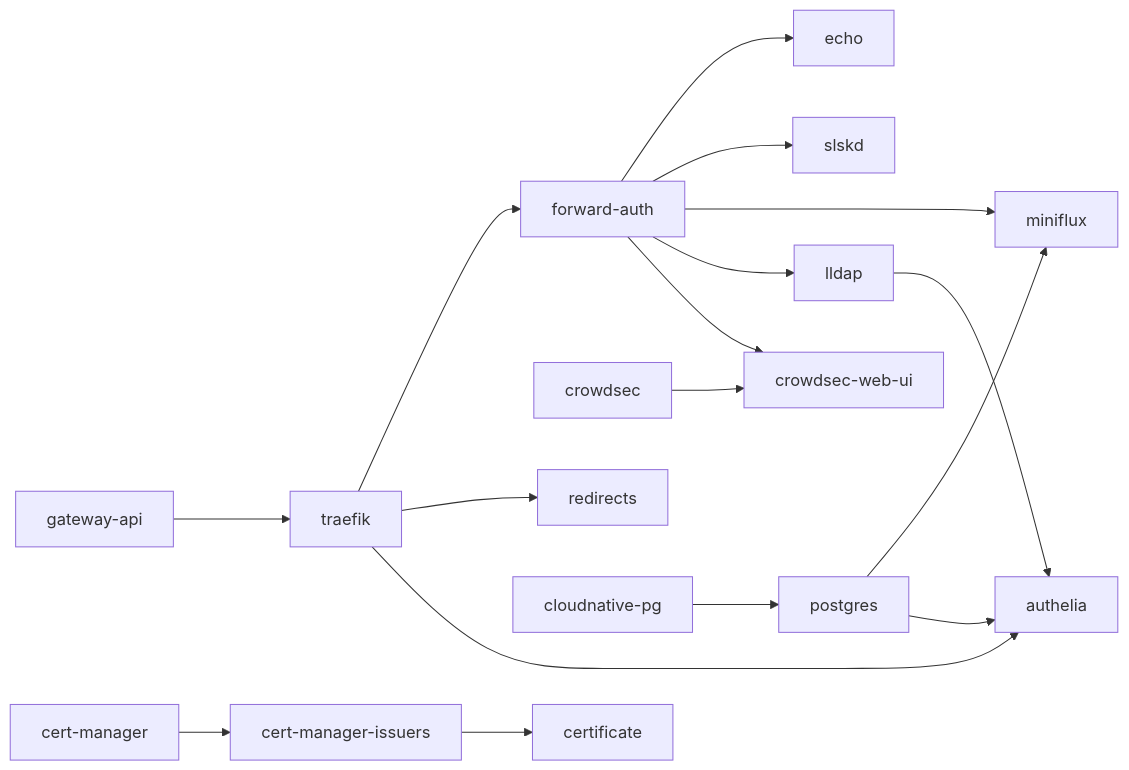
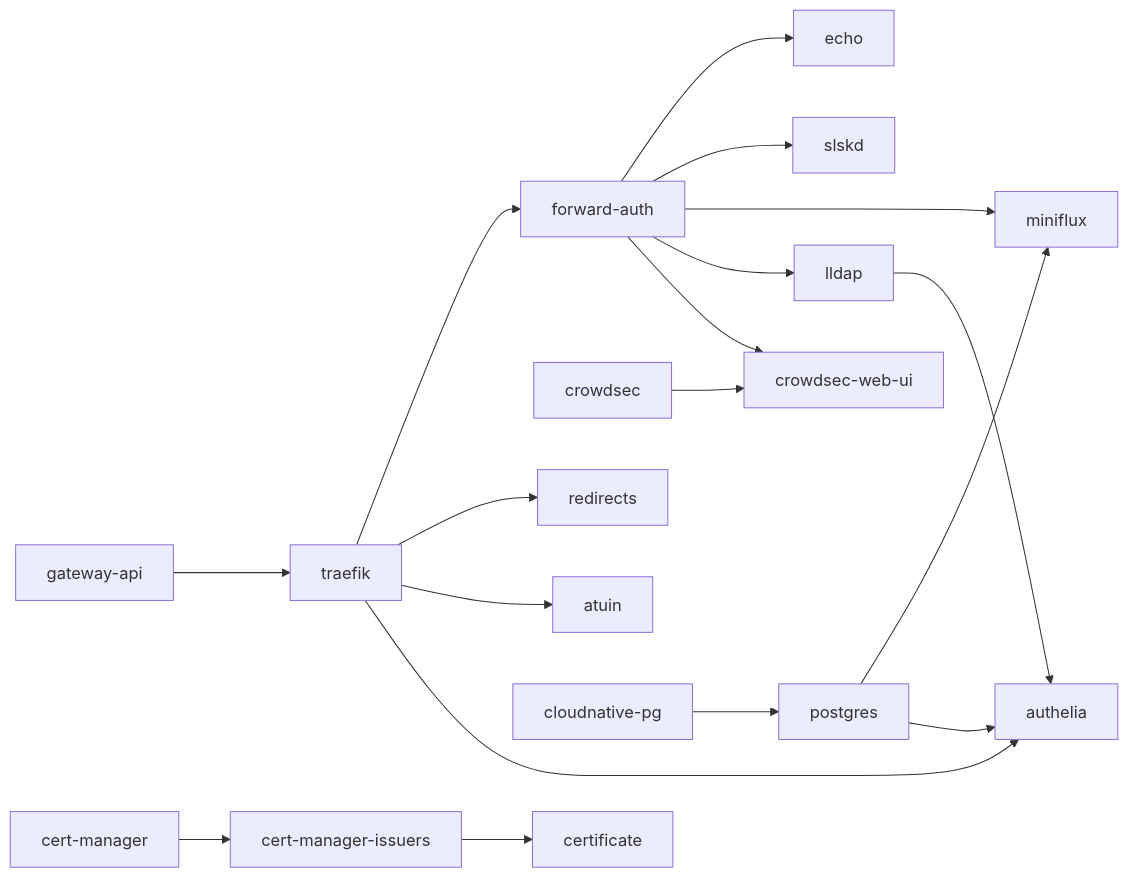
One commit to rafi/machines changed the third of 5 diagrams in docs/architecture.md. Above: the diagram before and after it, drawn with Mermaid. The commit also changed other lines of this file and 8 other files, not shown here.

````diff
--- a/docs/architecture.md
+++ b/docs/architecture.md
@@ -127,10 +127,10 @@
 ```mermaid
 flowchart LR
   gw["gateway-api"] --> traefik --> fa["forward-auth"] --> echo & slskd & miniflux & lldap & webui["crowdsec-web-ui"]
   crowdsec --> webui
-  traefik --> redirects
+  traefik --> redirects & atuin
   cnpg["cloudnative-pg"] --> postgres --> miniflux & authelia
   lldap --> authelia
   traefik --> authelia
   cm["cert-manager"] --> issuers["cert-manager-issuers"] --> certificate
 ```
````
